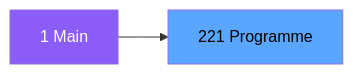
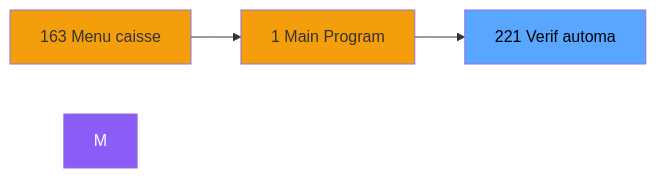
The second of 3 diagrams in .openspec/specs/ADH-IDE-221.md (thonyAGP/magic-migration), drawn with Mermaid before and after one commit. The commit also changed other lines of this file and 323 other files, not shown here.

````diff
--- a/.openspec/specs/ADH-IDE-221.md
+++ b/.openspec/specs/ADH-IDE-221.md
@@ -99,8 +112,12 @@
 ```mermaid
 graph LR
-    M[1 Main]
-    T[221 Programme]
-    M --> T
+    N163[163 Menu caisse ]
+    N1[1 Main Program]
+    T[221 Verif automa]
+    N163 --> N1
+    N1 --> T
     style M fill:#8b5cf6,color:#fff
+    style N163 fill:#f59e0b
+    style N1 fill:#f59e0b
     style T fill:#58a6ff,color:#000
 ```
````
